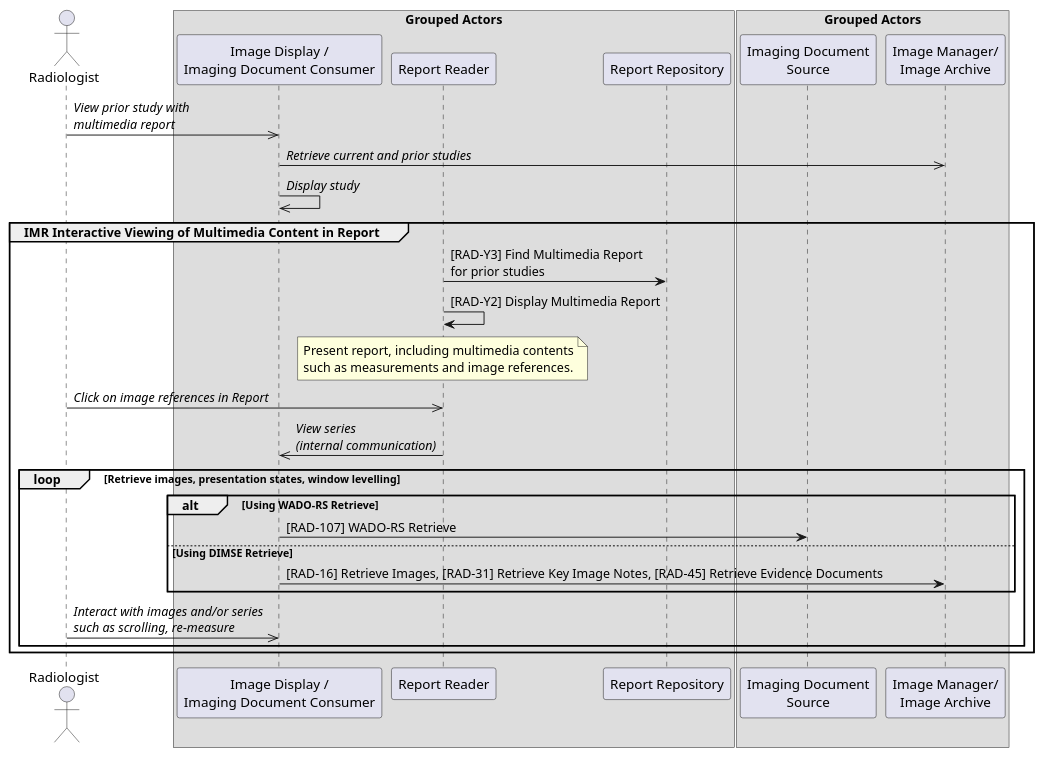
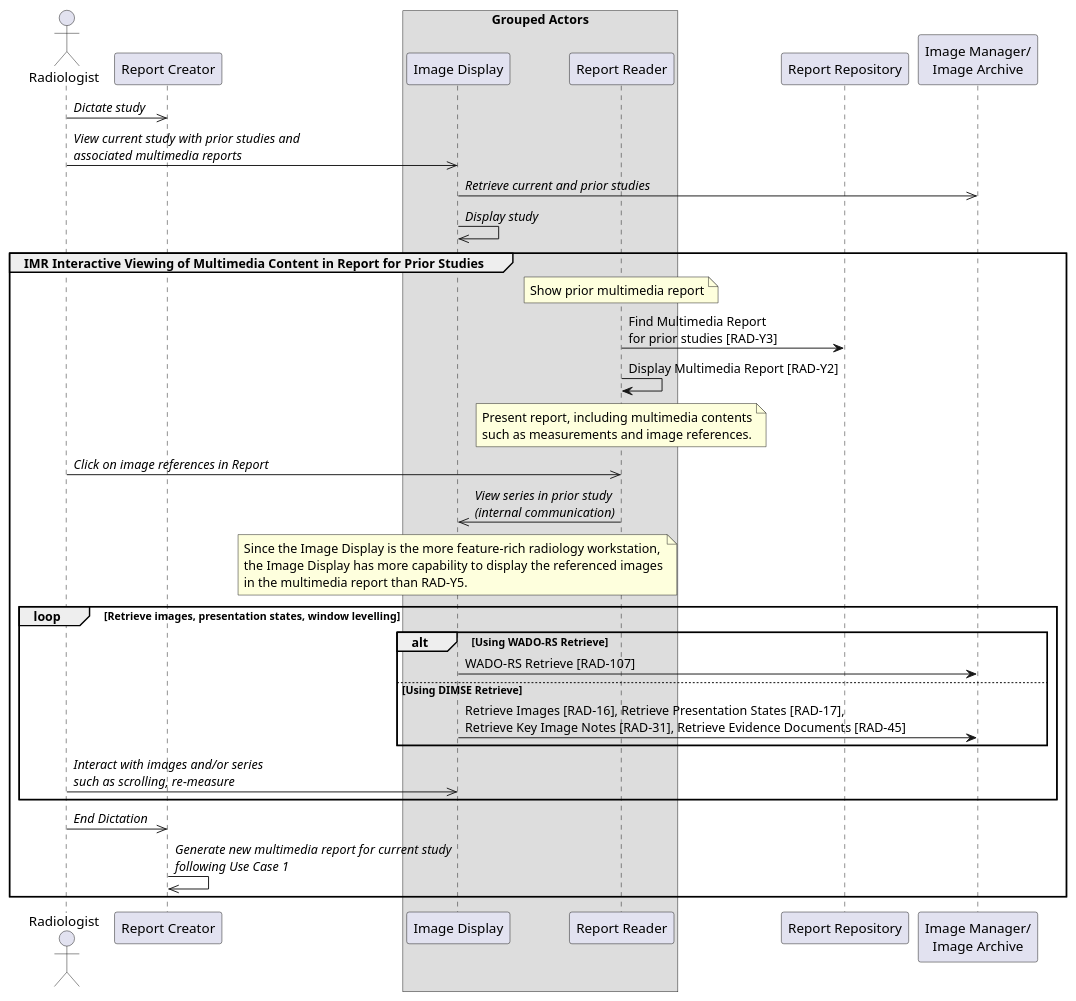
The diagram in input/images-source/uc4-presenting-interactive-report-PACS.plantuml (IHE/RAD.IMR), drawn with PlantUML before and after one commit. The commit also changed 5 other files, not shown here.

Commit message:
Updated all use case diagrams.

```diff
--- a/input/images-source/uc4-presenting-interactive-report-PACS.plantuml
+++ b/input/images-source/uc4-presenting-interactive-report-PACS.plantuml
@@ -1,45 +1,54 @@
 @startuml
 
 actor Radiologist as Radiologist
 
+participant "Report Creator" as RCreator
+
 box Grouped Actors
-participant "Image Display /\nImaging Document Consumer" as Display
+participant "Image Display" as Display
 participant "Report Reader" as Reader
-participant "Report Repository" as Repo
 end box
 
-box Grouped Actors
-participant "Imaging Document\nSource" as WADO
+participant "Report Repository" as Repo
 participant "Image Manager/\nImage Archive" as Archive
-end box
 
-Radiologist->>Display: //View prior study with//\n//multimedia report//
+Radiologist->>RCreator: //Dictate study//
+Radiologist->>Display: //View current study with prior studies and//\n//associated multimedia reports//
 Display->>Archive: //Retrieve current and prior studies//
 Display->>Display: //Display study//
 
-group IMR Interactive Viewing of Multimedia Content in Report
-Reader->Repo: [RAD-Y3] Find Multimedia Report\nfor prior studies
-Reader->Reader: [RAD-Y2] Display Multimedia Report
+group IMR Interactive Viewing of Multimedia Content in Report for Prior Studies
+note over Reader: Show prior multimedia report
+Reader->Repo: Find Multimedia Report\nfor prior studies [RAD-Y3]
+Reader->Reader: Display Multimedia Report [RAD-Y2]
 
 note over Reader
 Present report, including multimedia contents
 such as measurements and image references.
 end note
 
 Radiologist->>Reader: //Click on image references in Report//
-Reader->>Display: //View series//\n//(internal communication)//
+Reader->>Display: //View series in prior study//\n//(internal communication)//
+note over Display
+Since the Image Display is the more feature-rich radiology workstation,
+the Image Display has more capability to display the referenced images
+in the multimedia report than RAD-Y5.
+end note
 
 loop Retrieve images, presentation states, window levelling
 alt Using WADO-RS Retrieve
-Display->WADO: [RAD-107] WADO-RS Retrieve
+Display->Archive: WADO-RS Retrieve [RAD-107]
 else Using DIMSE Retrieve
-Display->Archive: [RAD-16] Retrieve Images, [RAD-31] Retrieve Key Image Notes, [RAD-45] Retrieve Evidence Documents
+Display->Archive: Retrieve Images [RAD-16], Retrieve Presentation States [RAD-17],\nRetrieve Key Image Notes [RAD-31], Retrieve Evidence Documents [RAD-45]
 end
 
 Radiologist->>Display: //Interact with images and/or series//\n//such as scrolling, re-measure//
 end loop
 
+Radiologist->>RCreator: //End Dictation//
+RCreator->>RCreator: //Generate new multimedia report for current study//\n//following Use Case 1//
+
 end
 
 
 @enduml
```
